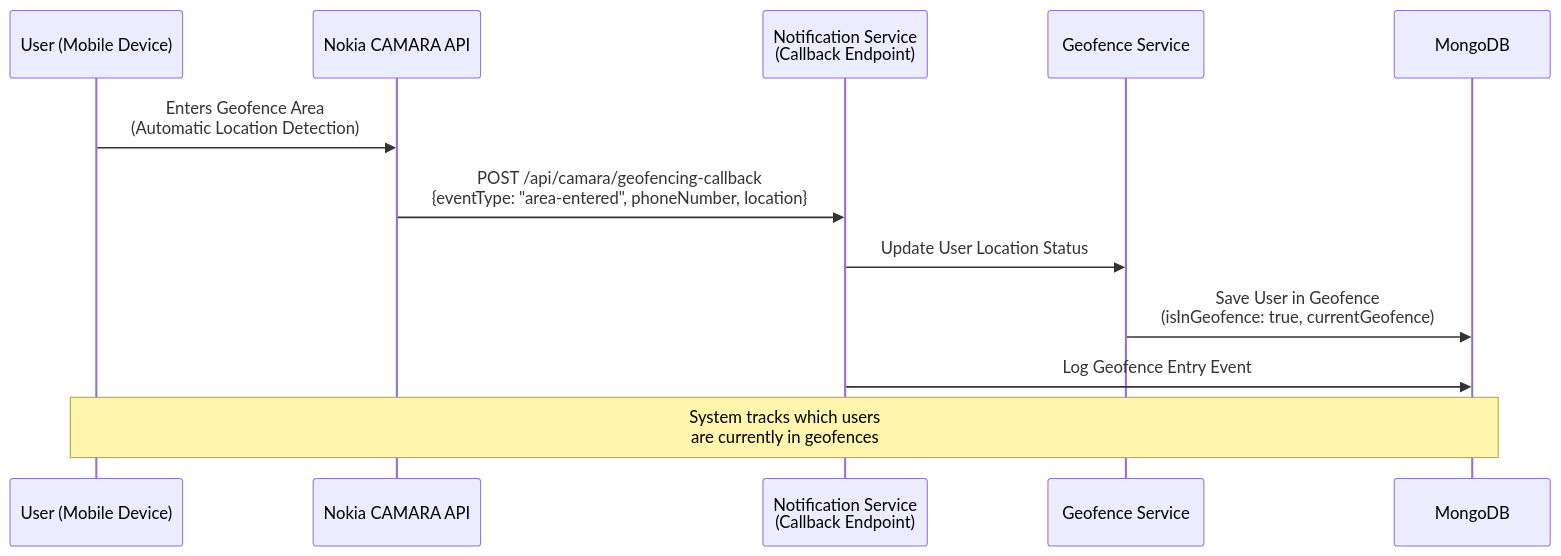
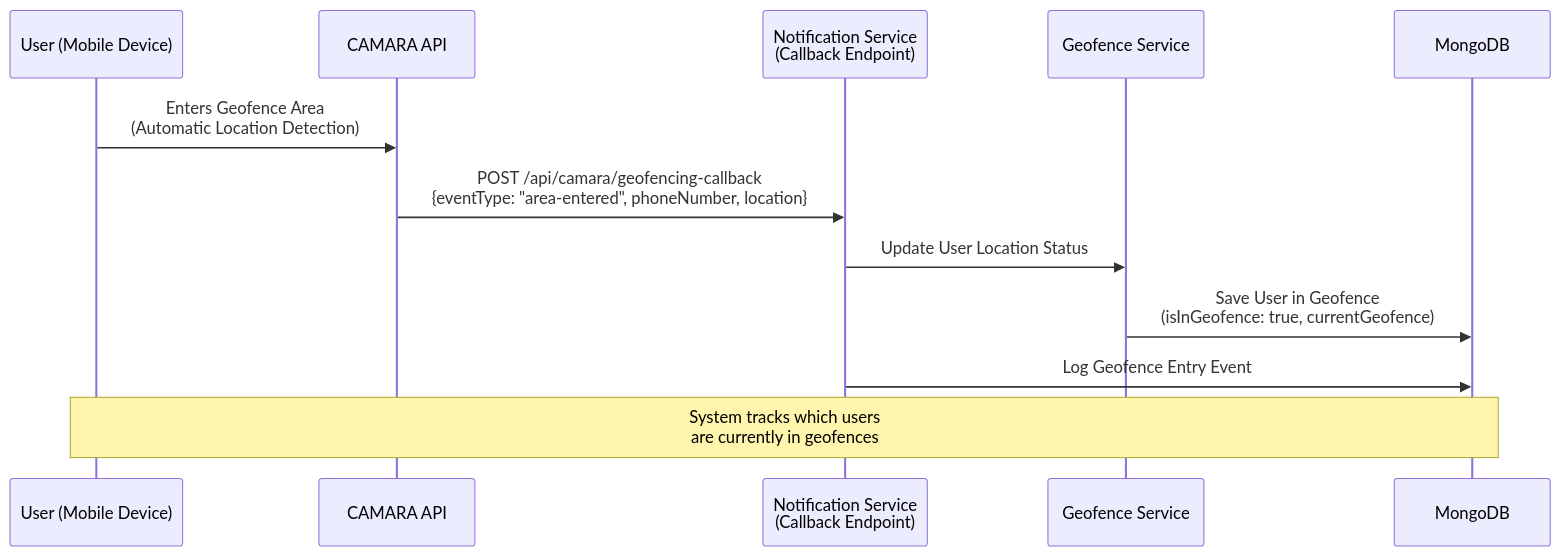
One commit to samene/surfers changed the fifth of 8 diagrams in docs/ARCHITECTURE.md. Above: the diagram before and after it, drawn with Mermaid. The commit also changed other lines of this file and 9 other files, not shown here.

````diff
--- a/docs/ARCHITECTURE.md
+++ b/docs/ARCHITECTURE.md
@@ -151,18 +151,18 @@
 ```mermaid
 sequenceDiagram
     participant User as User (Mobile Device)
-    participant CAMARA as Nokia CAMARA API
+    participant CAMARA as CAMARA API
     participant NotificationService as Notification Service<br/>(Callback Endpoint)
     participant GeofenceService as Geofence Service
     participant DB as MongoDB
 
     User->>CAMARA: Enters Geofence Area<br/>(Automatic Location Detection)
     CAMARA->>NotificationService: POST /api/camara/geofencing-callback<br/>{eventType: "area-entered", phoneNumber, location}
     
     NotificationService->>GeofenceService: Update User Location Status
     GeofenceService->>DB: Save User in Geofence<br/>(isInGeofence: true, currentGeofence)
     
     NotificationService->>DB: Log Geofence Entry Event
     
     Note over User,DB: System tracks which users<br/>are currently in geofences
 ```
````
